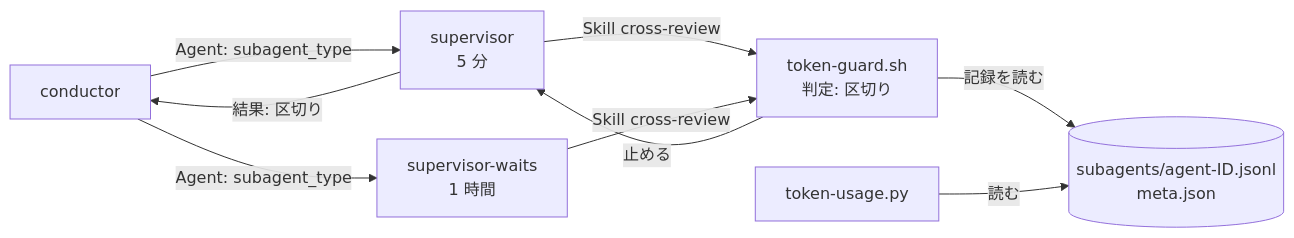
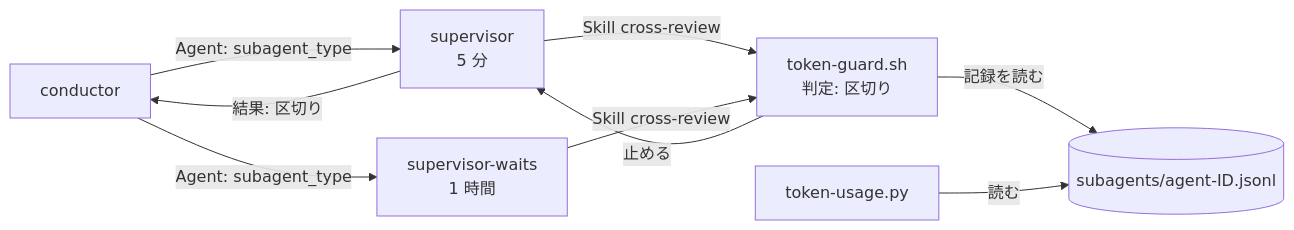
One commit to devbasex/ai-plugins changed the first of 3 diagrams in issues/issue-954-design.md. Above: the diagram before and after it, drawn with Mermaid. The commit also changed other lines of this file and 2 other files, not shown here.

First line of the commit message:
Docs: #954 設計の最終スイープ（hook は入力の agent_type で見分ける）

````diff
--- a/issues/issue-954-design.md
+++ b/issues/issue-954-design.md
@@ -68,11 +68,11 @@
 ```mermaid
 flowchart LR
   C[conductor] -->|Agent: subagent_type| S1[supervisor<br/>5 分]
   C -->|Agent: subagent_type| S2[supervisor-waits<br/>1 時間]
   S1 -->|Skill cross-review| G[token-guard.sh<br/>判定: 区切り]
-  G -->|記録を読む| R[(subagents/agent-ID.jsonl<br/>meta.json)]
+  G -->|記録を読む| R[(subagents/agent-ID.jsonl)]
   G -->|止める| S1
   S1 -->|結果: 区切り| C
   S2 -->|Skill cross-review| G
   T[token-usage.py] -->|読む| R
 ```
````
